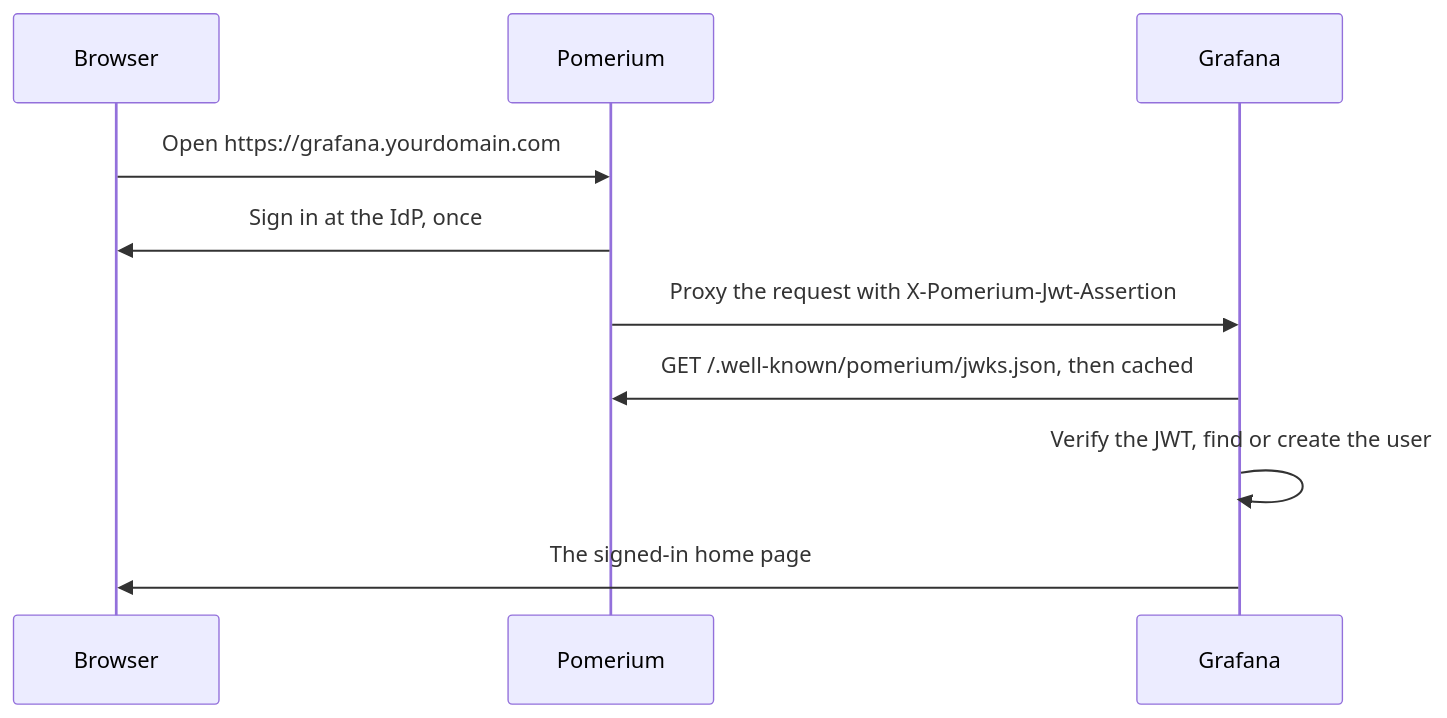
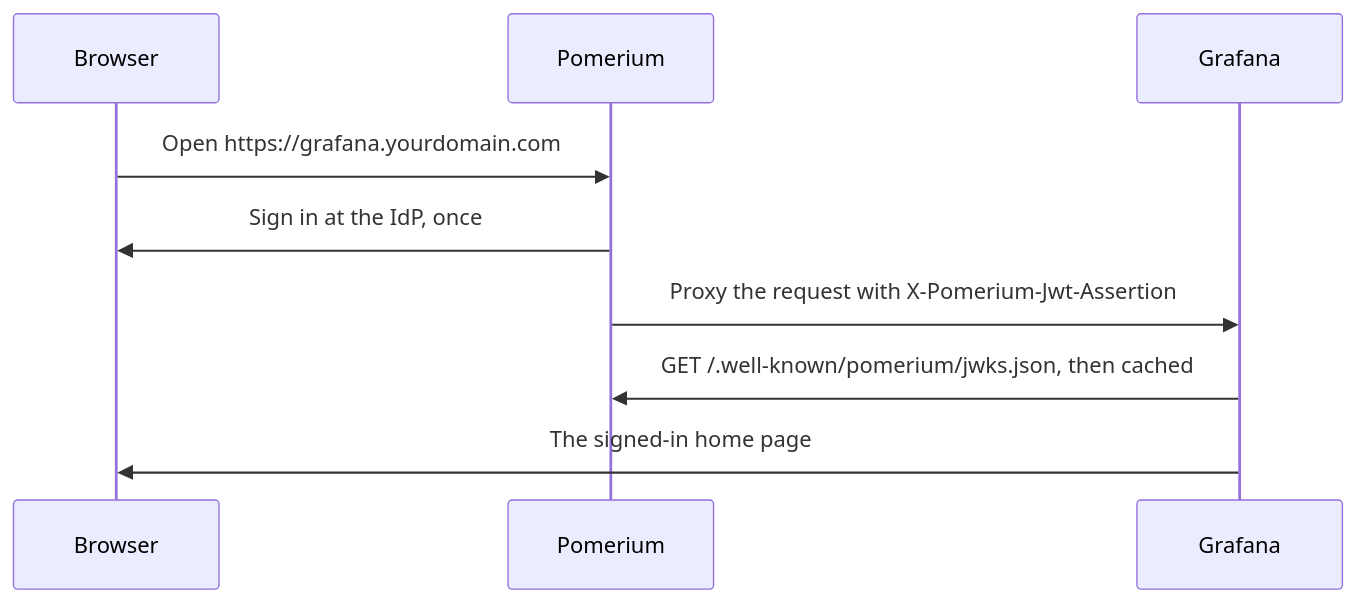
One commit to pomerium/documentation changed the second of 2 diagrams in content/docs/guides/grafana.mdx. Above: the diagram before and after it, drawn with Mermaid. The commit also changed other lines of this file, not shown here.

````diff
--- a/content/docs/guides/grafana.mdx
+++ b/content/docs/guides/grafana.mdx
@@ -258,12 +220,11 @@
 ```mermaid
 sequenceDiagram
   participant B as Browser
   participant P as Pomerium
   participant G as Grafana
   B->>P: Open https://grafana.yourdomain.com
   P->>B: Sign in at the IdP, once
   P->>G: Proxy the request with X-Pomerium-Jwt-Assertion
   G->>P: GET /.well-known/pomerium/jwks.json, then cached
-  G->>G: Verify the JWT, find or create the user
   G->>B: The signed-in home page
 ```
````
